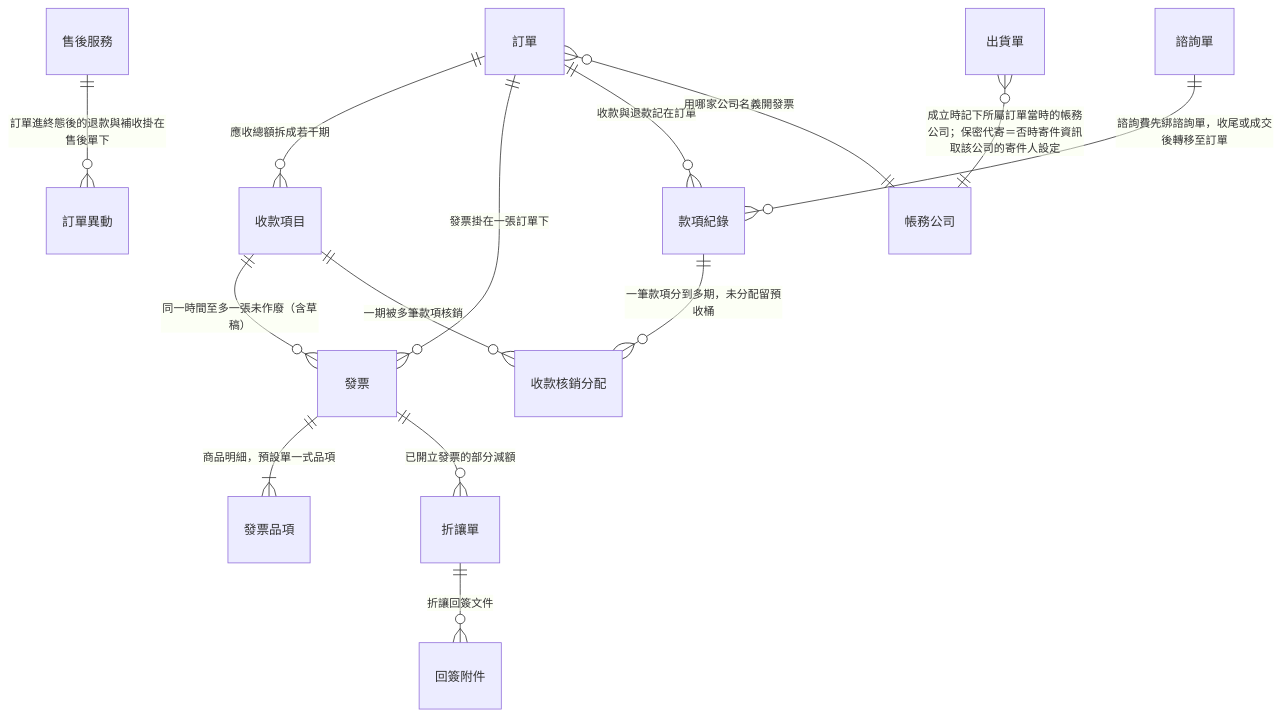
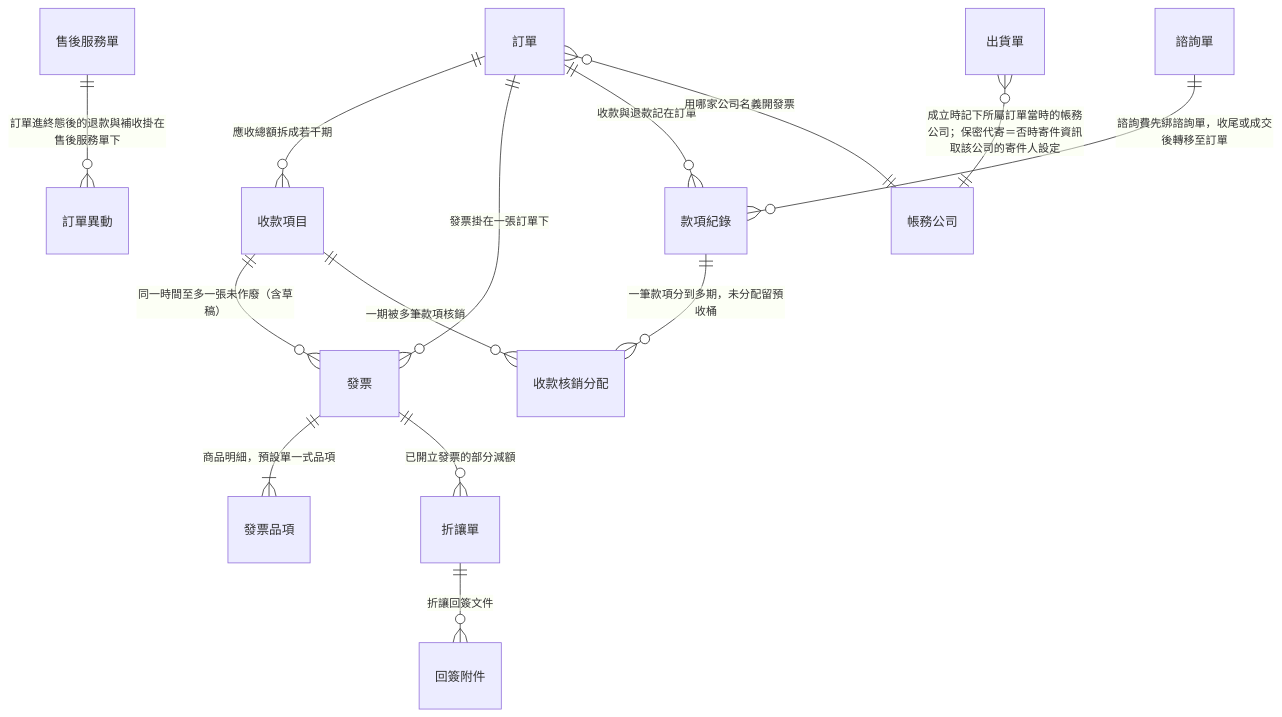
One commit to Kawato-Miles/erp-spec changed the second of 9 diagrams in memory/Sens_wiki/wiki/erp/05-entities/ERP 資料結構總覽.md. Above: the diagram before and after it, drawn with Mermaid. The commit also changed other lines of this file and 76 other files, not shown here.

````diff
--- a/memory/Sens_wiki/wiki/erp/05-entities/ERP 資料結構總覽.md
+++ b/memory/Sens_wiki/wiki/erp/05-entities/ERP 資料結構總覽.md
@@ -86,16 +87,16 @@
 ```mermaid
 erDiagram
     "訂單" ||--o{ "收款項目" : "應收總額拆成若干期"
     "收款項目" ||--o{ "發票" : "同一時間至多一張未作廢（含草稿）"
     "訂單" ||--o{ "發票" : "發票掛在一張訂單下"
     "發票" ||--|{ "發票品項" : "商品明細，預設單一式品項"
     "發票" ||--o{ "折讓單" : "已開立發票的部分減額"
     "折讓單" ||--o{ "回簽附件" : "折讓回簽文件"
     "訂單" ||--o{ "款項紀錄" : "收款與退款記在訂單"
     "諮詢單" ||--o{ "款項紀錄" : "諮詢費先綁諮詢單，收尾或成交後轉移至訂單"
     "款項紀錄" ||--o{ "收款核銷分配" : "一筆款項分到多期，未分配留預收桶"
     "收款項目" ||--o{ "收款核銷分配" : "一期被多筆款項核銷"
-    "售後服務" ||--o{ "訂單異動" : "訂單進終態後的退款與補收掛在售後單下"
+    "售後服務單" ||--o{ "訂單異動" : "訂單進終態後的退款與補收掛在售後服務單下"
     "訂單" }o--|| "帳務公司" : "用哪家公司名義開發票"
     "出貨單" }o--|| "帳務公司" : "成立時記下所屬訂單當時的帳務公司；保密代寄＝否時寄件資訊取該公司的寄件人設定"
 ```
````
